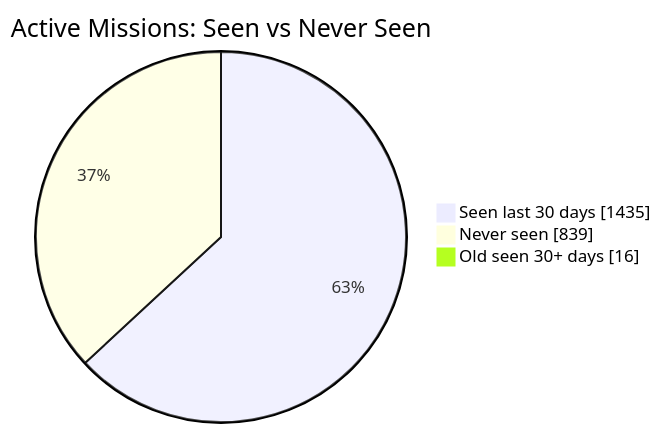
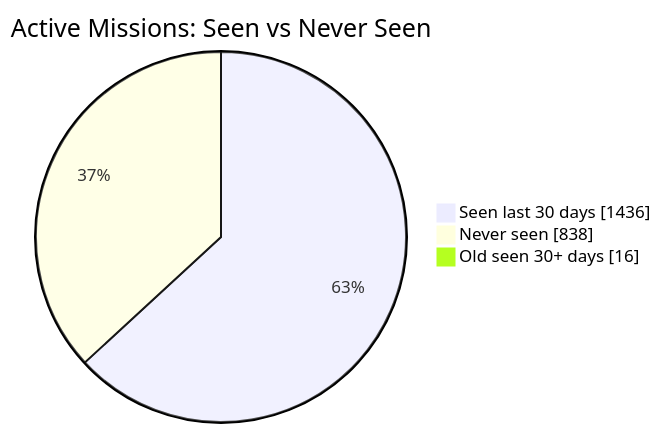
One commit to MeldkamerspelGameTeam/active-missions changed the first of 2 diagrams in README.md. Above: the diagram before and after it, drawn with Mermaid. The commit also changed other lines of this file and 3 other files, not shown here.

````diff
--- a/README.md
+++ b/README.md
@@ -34,7 +34,7 @@
 ```mermaid
 pie showData
     title Active Missions: Seen vs Never Seen
-    "Seen last 30 days" : 1435
-    "Never seen" : 839
+    "Seen last 30 days" : 1436
+    "Never seen" : 838
     "Old seen 30+ days" : 16
 ```
````
